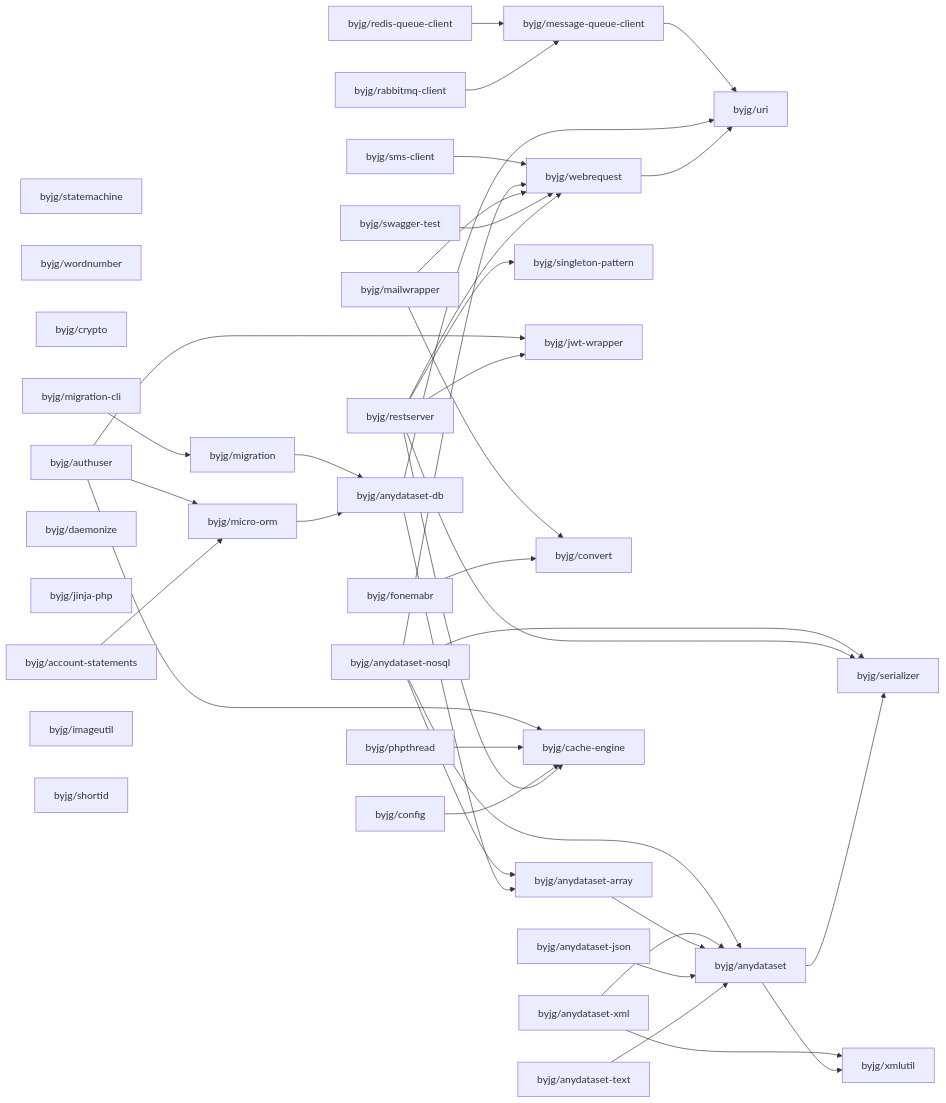
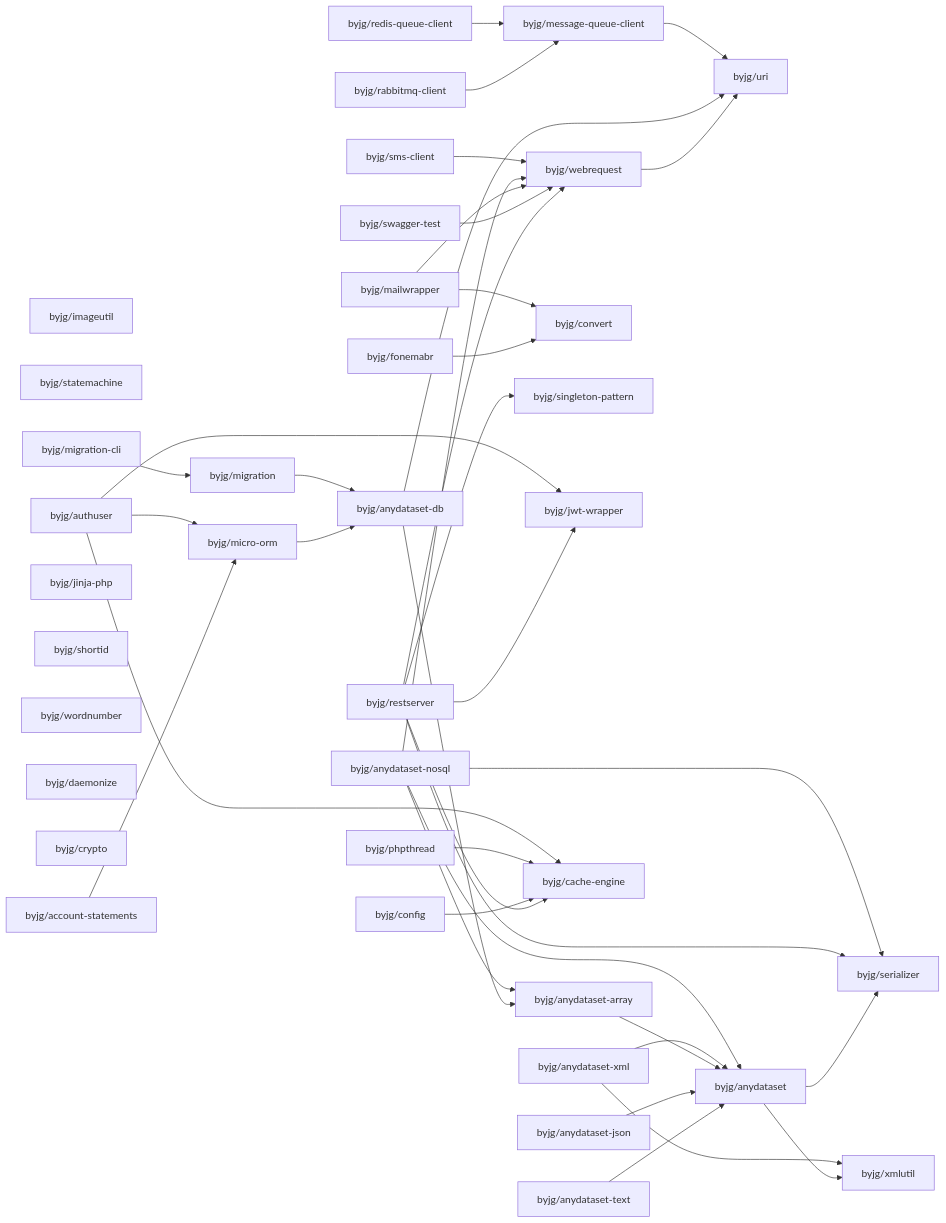
The diagram in docs/php/README.md (byjg/byjg.github.io), drawn with Mermaid before and after one commit. The commit also changed other lines of this file, not shown here.

Commit message:
Update documentation 'php' 'php-migration'

````diff
--- a/docs/php/README.md
+++ b/docs/php/README.md
@@ -3,76 +3,76 @@
 ```mermaid
 graph LR;
+  byjg/imageutil;
+  byjg/anydataset-nosql;
   byjg/statemachine;
+  byjg/swagger-test;
+  byjg/fonemabr;
+  byjg/mailwrapper;
+  byjg/authuser;
+  byjg/account-statements;
+  byjg/anydataset-xml;
+  byjg/config;
+  byjg/jinja-php;
+  byjg/restserver;
+  byjg/redis-queue-client;
+  byjg/anydataset-json;
+  byjg/shortid;
   byjg/wordnumber;
   byjg/rabbitmq-client;
+  byjg/anydataset-text;
+  byjg/phpthread;
+  byjg/daemonize;
+  byjg/sms-client;
   byjg/crypto;
-  byjg/fonemabr;
-  byjg/restserver;
-  byjg/anydataset-nosql;
-  byjg/anydataset-json;
-  byjg/config;
-  byjg/anydataset-xml;
   byjg/migration-cli;
-  byjg/swagger-test;
-  byjg/authuser;
-  byjg/daemonize;
-  byjg/jinja-php;
-  byjg/mailwrapper;
-  byjg/account-statements;
-  byjg/sms-client;
-  byjg/imageutil;
-  byjg/anydataset-text;
-  byjg/redis-queue-client;
-  byjg/phpthread;
-  byjg/shortid;
-  byjg/singleton-pattern;
-  byjg/migration;
-  byjg/jwt-wrapper;
   byjg/convert;
   byjg/micro-orm;
-  byjg/webrequest;
+  byjg/singleton-pattern;
+  byjg/jwt-wrapper;
   byjg/message-queue-client;
   byjg/cache-engine;
+  byjg/webrequest;
+  byjg/migration;
   byjg/anydataset-db;
   byjg/anydataset-array;
   byjg/uri;
   byjg/anydataset;
   byjg/serializer;
   byjg/xmlutil;
   byjg/sms-client --> byjg/webrequest;
   byjg/anydataset-nosql --> byjg/anydataset;
   byjg/anydataset-nosql --> byjg/anydataset-array;
   byjg/anydataset-nosql --> byjg/serializer;
   byjg/anydataset-nosql --> byjg/webrequest;
   byjg/anydataset-xml --> byjg/anydataset;
   byjg/anydataset-xml --> byjg/xmlutil;
   byjg/message-queue-client --> byjg/uri;
   byjg/redis-queue-client --> byjg/message-queue-client;
   byjg/authuser --> byjg/micro-orm;
   byjg/authuser --> byjg/cache-engine;
   byjg/authuser --> byjg/jwt-wrapper;
   byjg/mailwrapper --> byjg/convert;
   byjg/mailwrapper --> byjg/webrequest;
   byjg/anydataset-array --> byjg/anydataset;
   byjg/account-statements --> byjg/micro-orm;
   byjg/phpthread --> byjg/cache-engine;
   byjg/fonemabr --> byjg/convert;
   byjg/migration --> byjg/anydataset-db;
   byjg/micro-orm --> byjg/anydataset-db;
   byjg/swagger-test --> byjg/webrequest;
   byjg/anydataset-db --> byjg/anydataset-array;
   byjg/anydataset-db --> byjg/uri;
   byjg/config --> byjg/cache-engine;
   byjg/anydataset-json --> byjg/anydataset;
   byjg/anydataset-text --> byjg/anydataset;
   byjg/rabbitmq-client --> byjg/message-queue-client;
   byjg/restserver --> byjg/serializer;
   byjg/restserver --> byjg/singleton-pattern;
   byjg/restserver --> byjg/cache-engine;
   byjg/restserver --> byjg/webrequest;
   byjg/restserver --> byjg/jwt-wrapper;
   byjg/anydataset --> byjg/serializer;
   byjg/anydataset --> byjg/xmlutil;
   byjg/webrequest --> byjg/uri;
   byjg/migration-cli --> byjg/migration;
 ```
````
